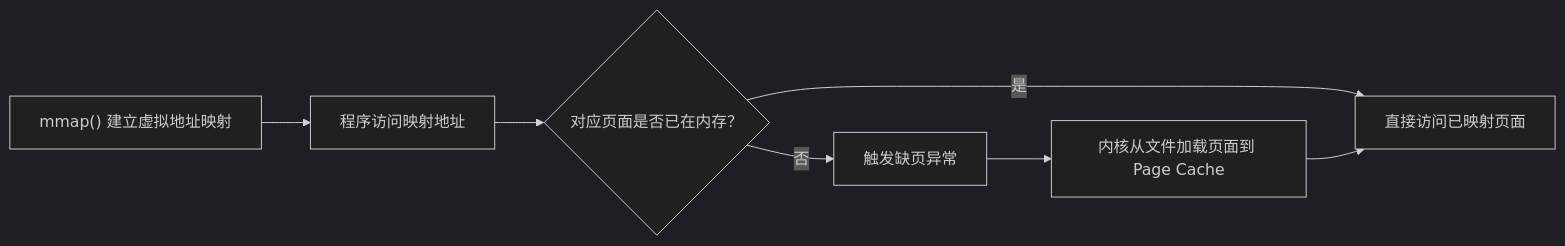
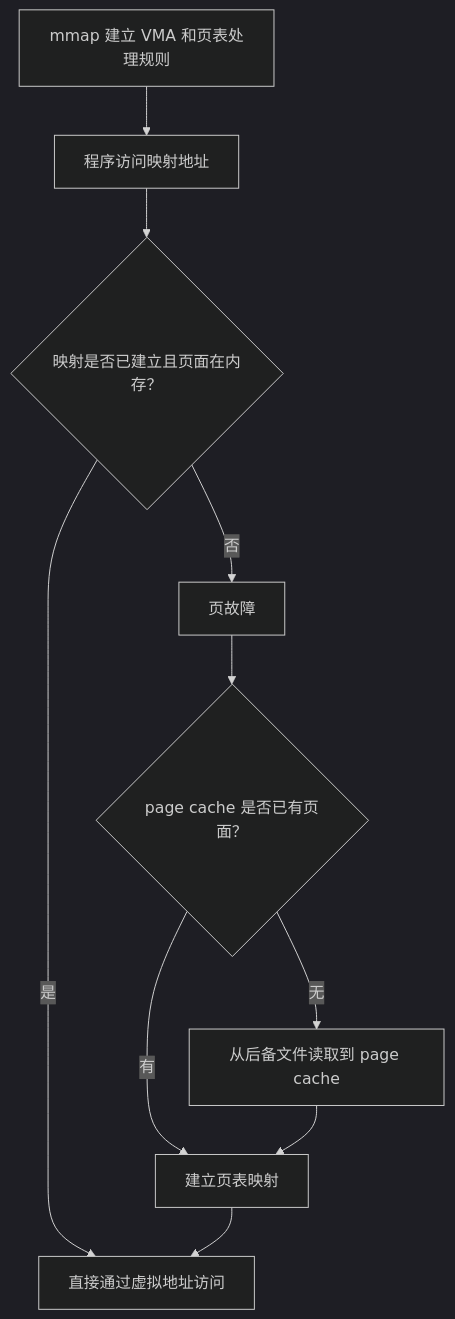
Before and after one commit to Fizgrad/fizgrad.github.io: diagram 15 of 36 in blog/os_review.md, drawn with Mermaid (dark theme). The commit also changed other lines of this file and 1 other file, not shown here.

````diff
--- a/blog/os_review.md
+++ b/blog/os_review.md
@@ -3282,9 +3350,12 @@
 ```mermaid
-flowchart LR
-    A["mmap() 建立虚拟地址映射"] --> B["程序访问映射地址"]
-    B --> C{"对应页面是否已在内存？"}
-    C -->|否| D["触发缺页异常"]
-    D --> E["内核从文件加载页面到 Page Cache"]
-    C -->|是| F["直接访问已映射页面"]
-    E --> F
+flowchart TD
+    A["mmap 建立 VMA 和页表处理规则"] --> B["程序访问映射地址"]
+    B --> C{"映射是否已建立且页面在内存？"}
+    C -->|是| D["直接通过虚拟地址访问"]
+    C -->|否| E["页故障"]
+    E --> F{"page cache 是否已有页面？"}
+    F -->|有| G["建立页表映射"]
+    F -->|无| H["从后备文件读取到 page cache"]
+    H --> G
+    G --> D
 ```
````
